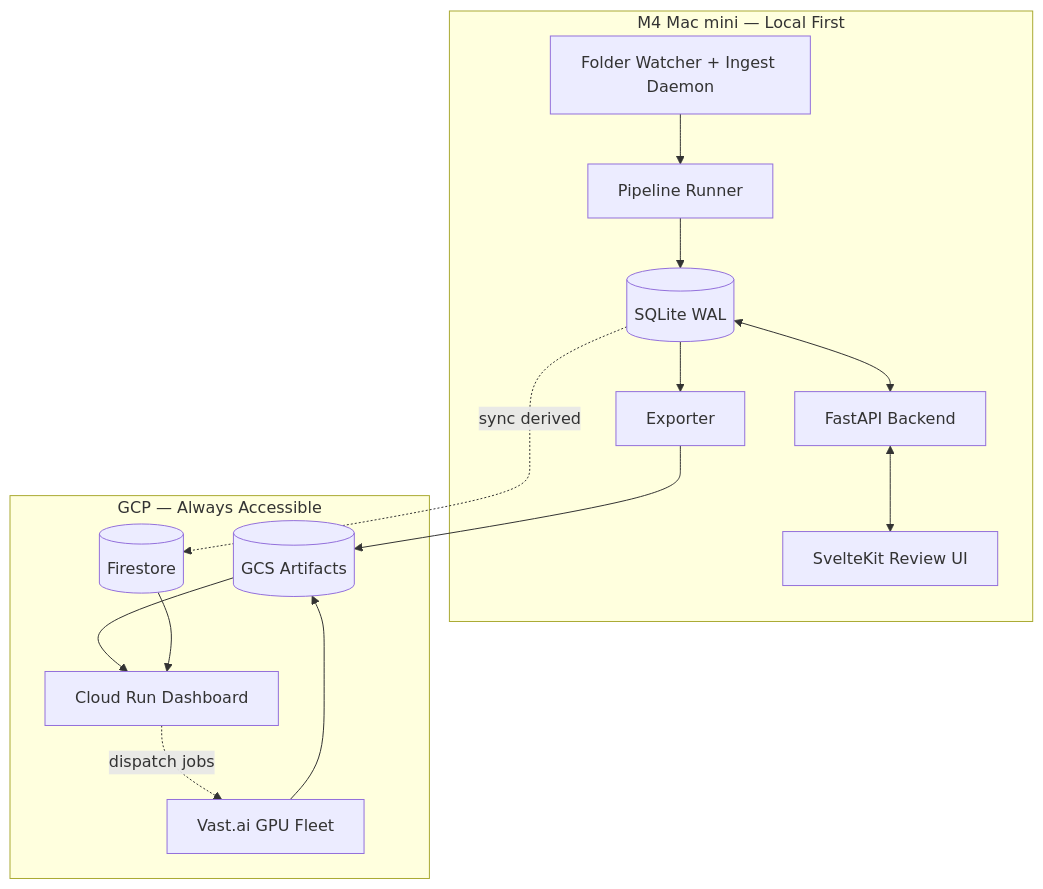
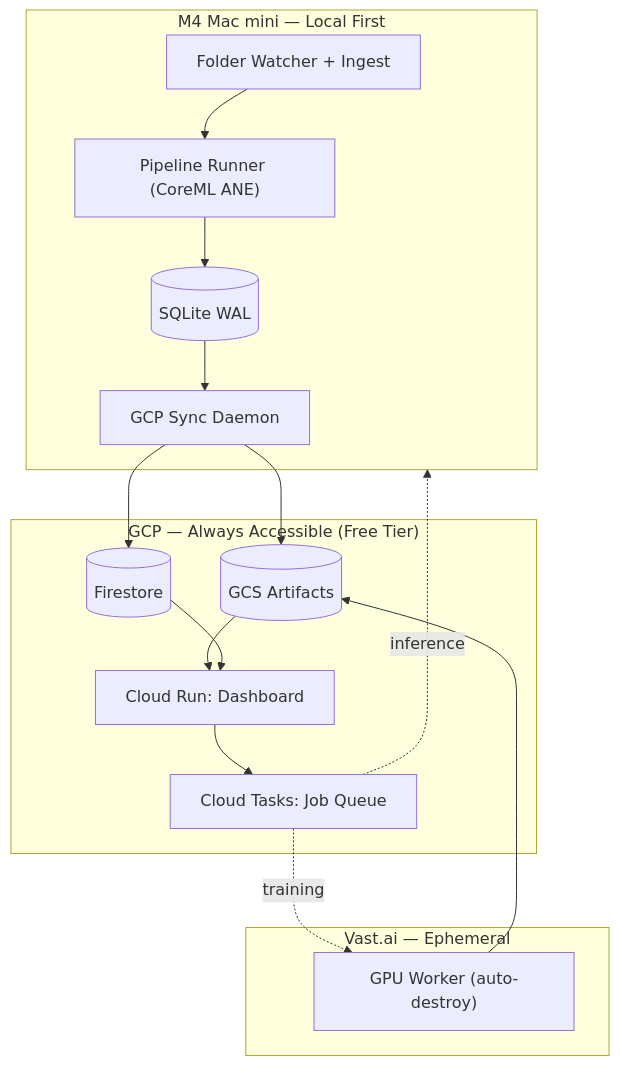
Before and after one commit to ParkWardRR/CurbScout: the third of 5 diagrams in README.md, drawn with Mermaid. The commit also changed other lines of this file and 1 other file, not shown here.

First line of the commit message:
Architect three-tier hub-and-spoke: GCP orchestrates M4 + Vast.ai

````diff
--- a/README.md
+++ b/README.md
@@ -93,29 +133,31 @@
 ```mermaid
 flowchart TB
     subgraph Local["M4 Mac mini — Local First"]
-        W["Folder Watcher + Ingest Daemon"]
-        P["Pipeline Runner"]
-        DB[("SQLite WAL")]
-        API["FastAPI Backend"]
-        UI["SvelteKit Review UI"]
-        EX["Exporter"]
-        W --> P --> DB
-        DB <--> API
-        API <--> UI
-        DB --> EX
+        W2["Folder Watcher + Ingest"]
+        P2["Pipeline Runner (CoreML ANE)"]
+        DB2[("SQLite WAL")]
+        SYNC["GCP Sync Daemon"]
+        W2 --> P2 --> DB2
+        DB2 --> SYNC
     end
 
-    subgraph Cloud["GCP — Always Accessible"]
-        FS[("Firestore")]
-        GCS[("GCS Artifacts")]
-        CR["Cloud Run Dashboard"]
-        GPU["Vast.ai GPU Fleet"]
+    subgraph Cloud["GCP — Always Accessible (Free Tier)"]
+        FS2[("Firestore")]
+        GCS2[("GCS Artifacts")]
+        CR2["Cloud Run: Dashboard"]
+        CT2["Cloud Tasks: Job Queue"]
     end
 
-    EX --> GCS
-    DB -.->|"sync derived"| FS
-    GCS --> CR
-    FS --> CR
-    CR -.->|"dispatch jobs"| GPU
-    GPU --> GCS
+    subgraph Burst["Vast.ai — Ephemeral"]
+        GPU["GPU Worker (auto-destroy)"]
+    end
+
+    SYNC --> GCS2
+    SYNC --> FS2
+    GCS2 --> CR2
+    FS2 --> CR2
+    CR2 --> CT2
+    CT2 -.->|"inference"| Local
+    CT2 -.->|"training"| GPU
+    GPU --> GCS2
 ```
````
